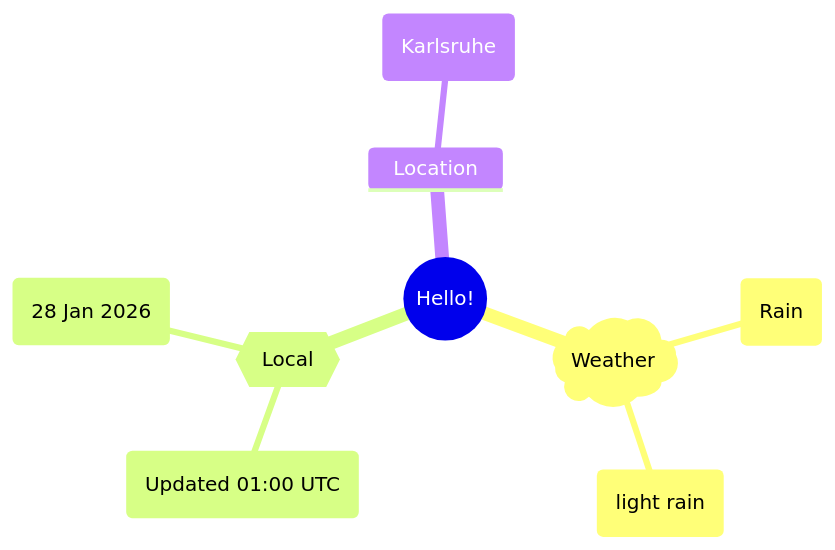
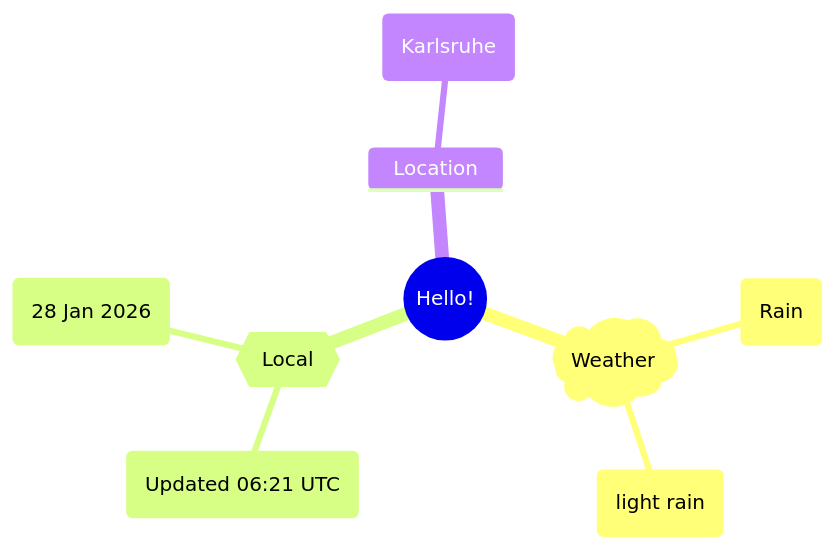
Before and after one commit to Xosrov/Xosrov: the first of 2 diagrams in README.md, drawn with Mermaid.

Commit message:
[bot] updated images

````diff
--- a/README.md
+++ b/README.md
@@ -3,12 +3,12 @@
 ```mermaid
 mindmap
   root((Hello!))
     )Weather(
         (Rain)
         (light rain)
     {{Local}}
-        (Updated 01:00 UTC)
+        (Updated 06:21 UTC)
         (28 Jan 2026)
     Location
         (Karlsruhe)
 ```
````
